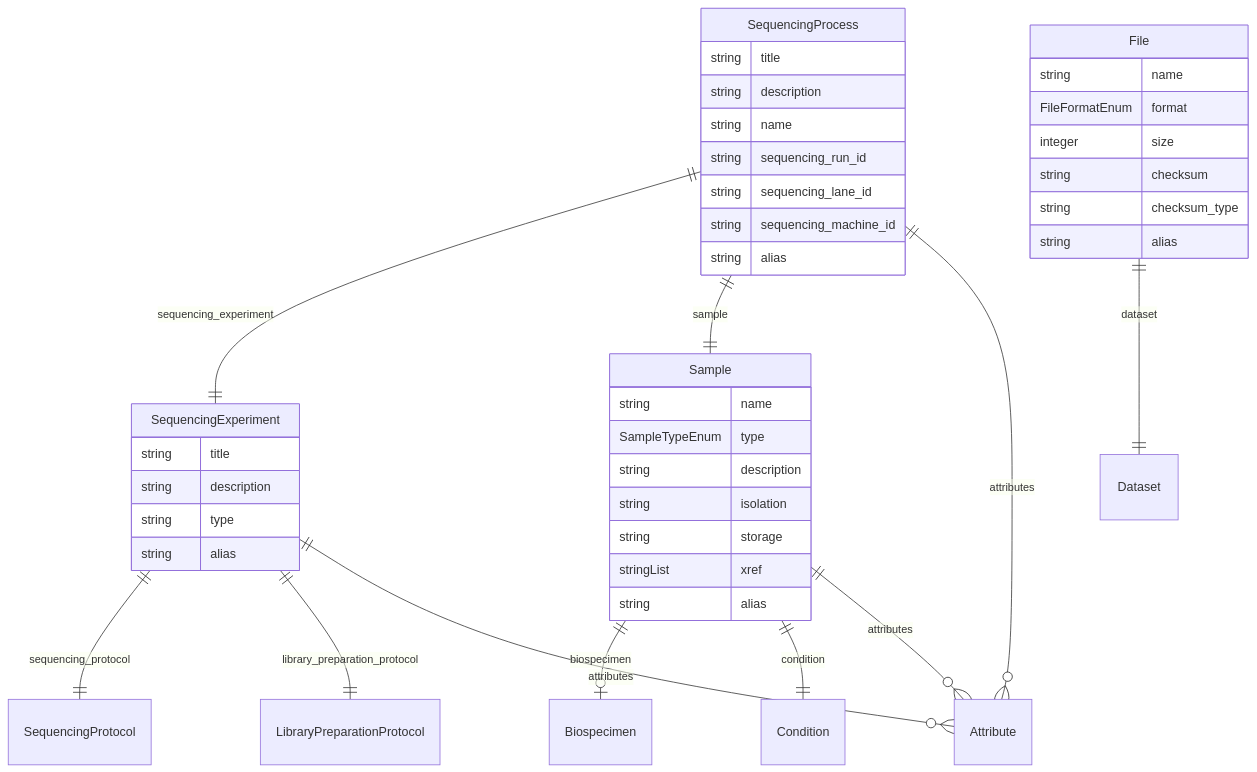
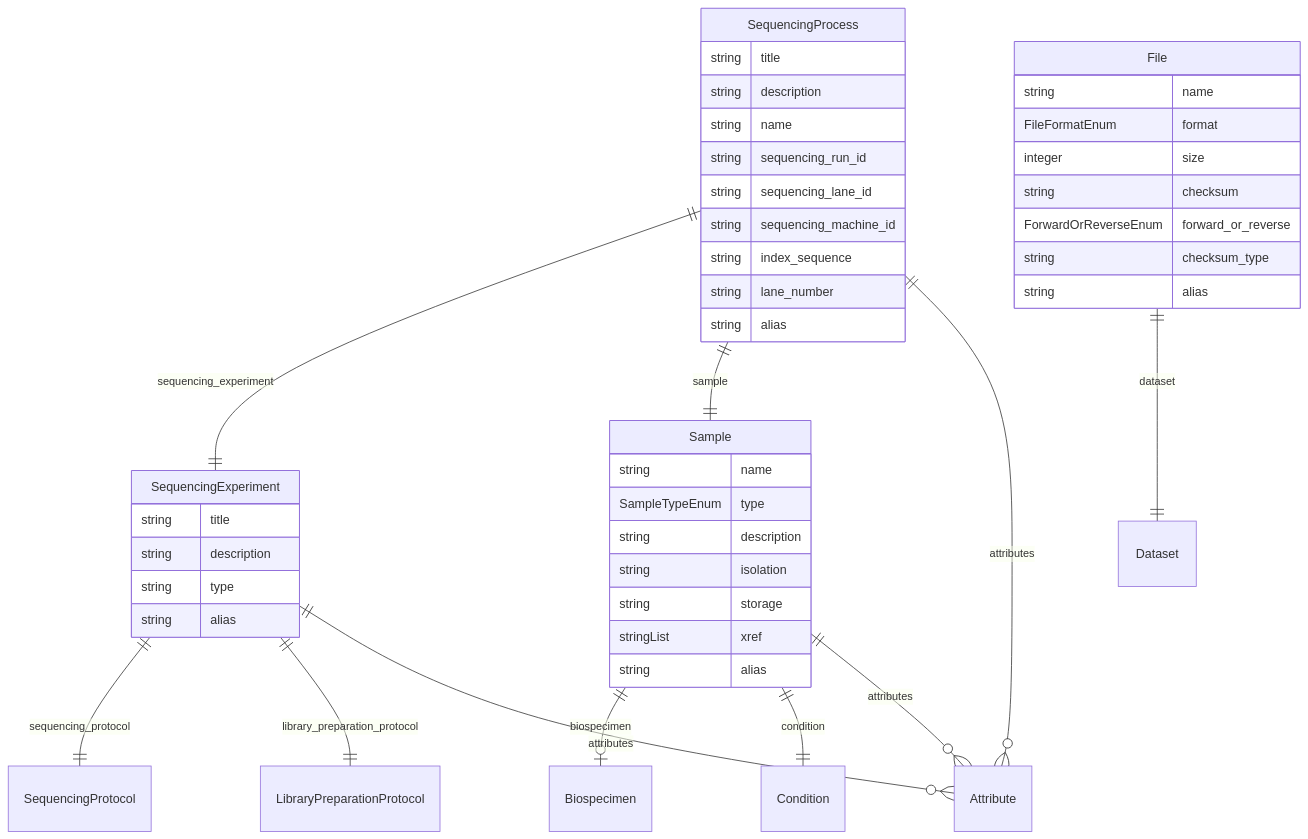
One commit to ghga-de/ghga-metadata-schema changed the sixth of 7 diagrams in docs/entity_relations.md. Above: the diagram before and after it, drawn with Mermaid. The commit also changed 22 other files, not shown here.

````diff
--- a/docs/entity_relations.md
+++ b/docs/entity_relations.md
@@ -268,47 +268,50 @@
 ```mermaid
 erDiagram
 SequencingProcess {
     string title  
     string description  
     string name  
     string sequencing_run_id  
     string sequencing_lane_id  
     string sequencing_machine_id  
+    string index_sequence  
+    string lane_number  
     string alias  
 }
 File {
     string name  
     FileFormatEnum format  
     integer size  
     string checksum  
+    ForwardOrReverseEnum forward_or_reverse  
     string checksum_type  
     string alias  
 }
 Sample {
     string name  
     SampleTypeEnum type  
     string description  
     string isolation  
     string storage  
     stringList xref  
     string alias  
 }
 SequencingExperiment {
     string title  
     string description  
     string type  
     string alias  
 }
 
 SequencingProcess ||--|| SequencingExperiment : "sequencing_experiment"
 SequencingProcess ||--|| Sample : "sample"
 SequencingProcess ||--}o Attribute : "attributes"
 File ||--|| Dataset : "dataset"
 Sample ||--|o Biospecimen : "biospecimen"
 Sample ||--|| Condition : "condition"
 Sample ||--}o Attribute : "attributes"
 SequencingExperiment ||--|| SequencingProtocol : "sequencing_protocol"
 SequencingExperiment ||--|| LibraryPreparationProtocol : "library_preparation_protocol"
 SequencingExperiment ||--}o Attribute : "attributes"
 
 ```
````
